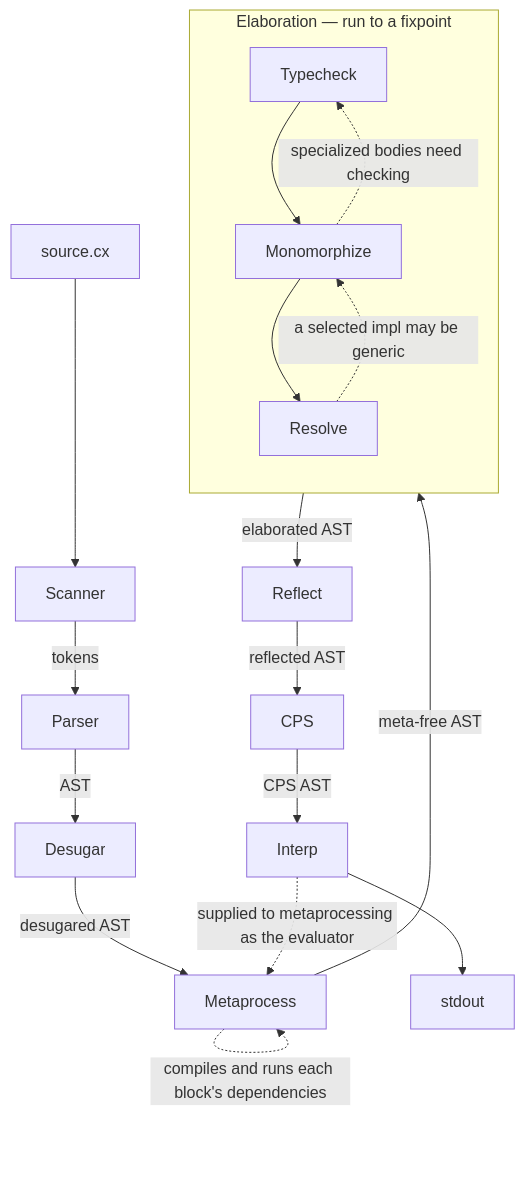
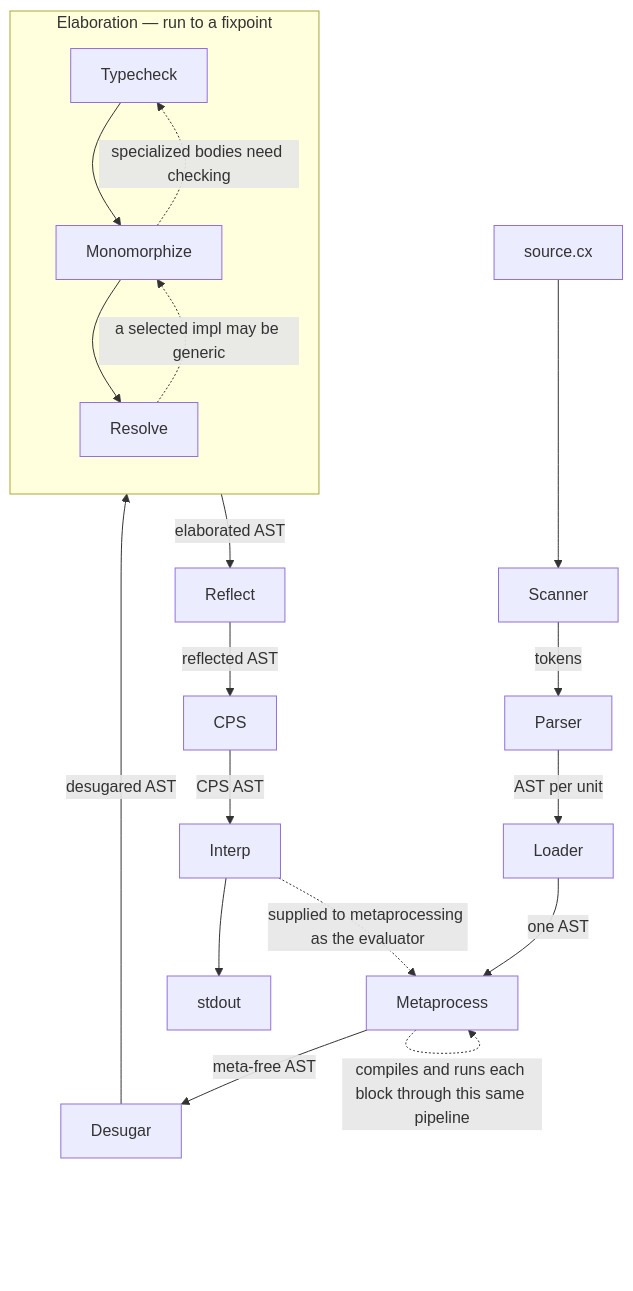
Before and after one commit to brendancron/Compiler: the diagram in internal-docs/architecture.md, drawn with Mermaid. The commit also changed other lines of this file and 11 other files, not shown here.

````diff
--- a/internal-docs/architecture.md
+++ b/internal-docs/architecture.md
@@ -3,21 +3,22 @@
 ```mermaid
 flowchart TD
     subgraph elab["Elaboration — run to a fixpoint"]
         direction TB
         check["Typecheck"] --> mono["Monomorphize"] --> resolve["Resolve"]
         mono -. "specialized bodies need checking" .-> check
         resolve -. "a selected impl may be generic" .-> mono
     end
 
     src["source.cx"] --> scanner["Scanner"]
     scanner -->|"tokens"| parser["Parser"]
-    parser -->|"AST"| desugar["Desugar"]
-    desugar -->|"desugared AST"| meta["Metaprocess"]
-    meta -->|"meta-free AST"| check
-    meta -. "compiles and runs each block's dependencies" .-> meta
+    parser -->|"AST per unit"| loader["Loader"]
+    loader -->|"one AST"| meta["Metaprocess"]
+    meta -->|"meta-free AST"| desugar["Desugar"]
+    desugar -->|"desugared AST"| check
+    meta -. "compiles and runs each block through this same pipeline" .-> meta
     resolve -->|"elaborated AST"| reflect["Reflect"]
     reflect -->|"reflected AST"| cps["CPS"]
     cps -->|"CPS AST"| interp["Interp"]
     interp --> out["stdout"]
     interp -. "supplied to metaprocessing as the evaluator" .-> meta
 ```
````
